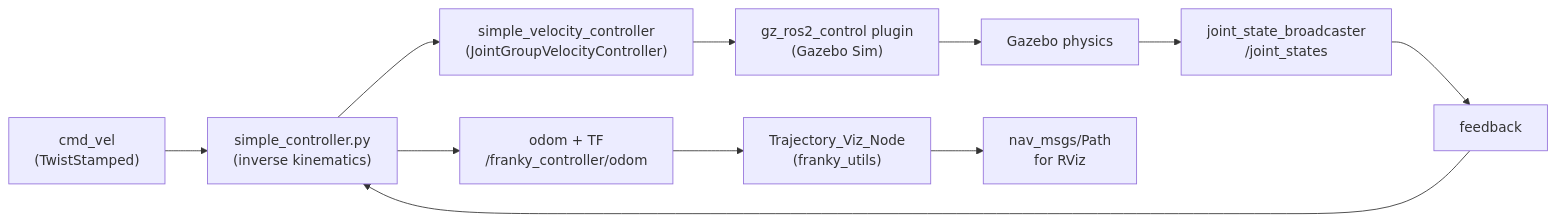
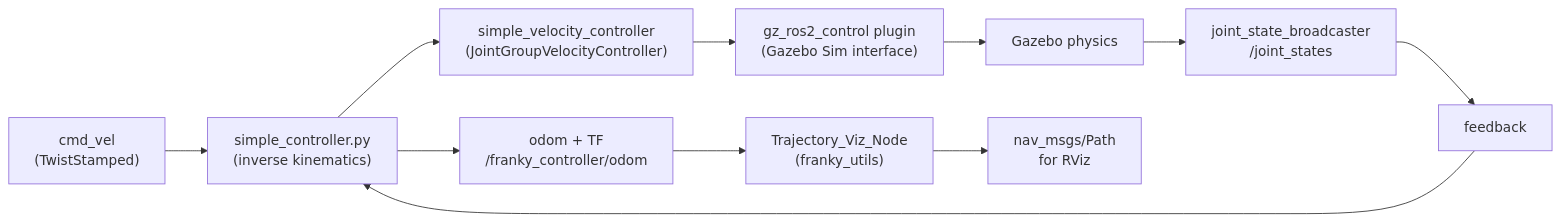
The diagram in README.md (prabudhgautam/Franky_AMR), drawn with Mermaid before and after one commit.

Commit message:
Align README flowchart with attached diagram

````diff
--- a/README.md
+++ b/README.md
@@ -57,14 +57,14 @@
 ```mermaid
 flowchart LR
     A["cmd_vel<br/>(TwistStamped)"] --> B["simple_controller.py<br/>(inverse kinematics)"]
     B --> C["simple_velocity_controller<br/>(JointGroupVelocityController)"]
-    C --> D["gz_ros2_control plugin<br/>(Gazebo Sim)"]
+    C --> D["gz_ros2_control plugin<br/>(Gazebo Sim interface)"]
     D --> E["Gazebo physics"]
     E --> F["joint_state_broadcaster<br/>/joint_states"]
     F --> G["feedback"]
     G --> B
 
     B --> H["odom + TF<br/>/franky_controller/odom"]
     H --> I["Trajectory_Viz_Node<br/>(franky_utils)"]
     I --> J["nav_msgs/Path<br/>for RViz"]
 ```
````
